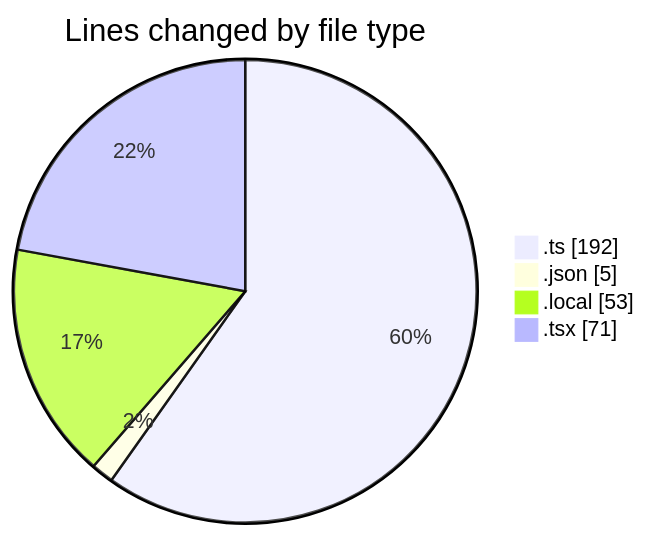
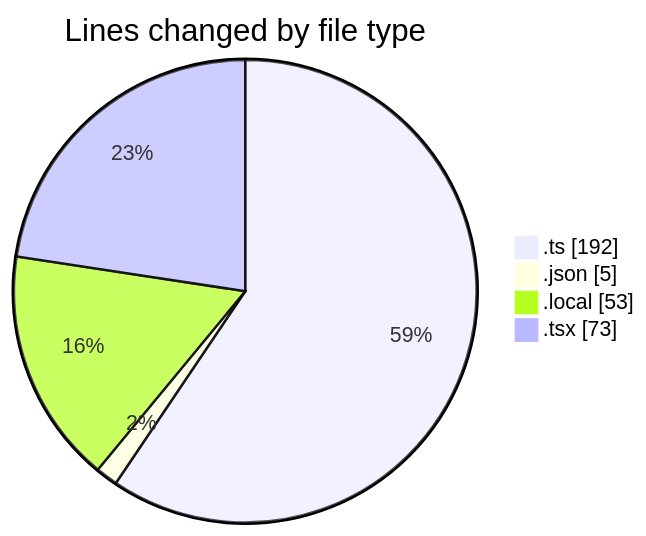
The first of 2 diagrams in 2025-10-31/temp_mr_252/README.md (julien-gomy/code-tracking), drawn with Mermaid before and after one commit. The commit also changed other lines of this file and 1 other file, not shown here.

````diff
--- a/2025-10-31/temp_mr_252/README.md
+++ b/2025-10-31/temp_mr_252/README.md
@@ -25,8 +25,8 @@
 ```mermaid
 pie showData
 title Lines changed by file type
 ".ts" : 192
 ".json" : 5
 ".local" : 53
-".tsx" : 71
+".tsx" : 73
 ```
````
